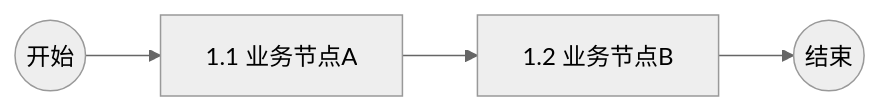
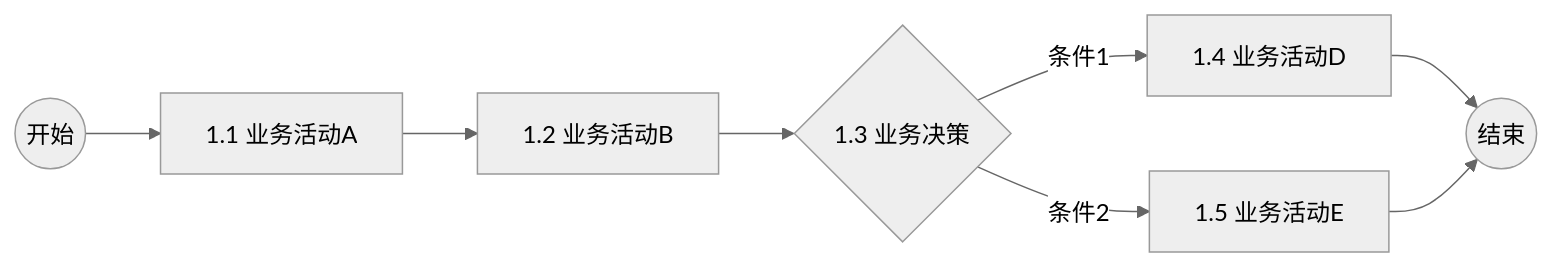
The first of 7 diagrams in .claude/rules/design/design-template.md (oleewen/ai-master), drawn with Mermaid (neutral theme) before and after one commit. The commit also changed other lines of this file and 1 other file, not shown here.

````diff
--- a/.claude/rules/design/design-template.md
+++ b/.claude/rules/design/design-template.md
@@ -26,6 +29,10 @@
 ```mermaid
 flowchart LR
-    S((开始)) --> A[1.1 业务节点A]
-    A --> B[1.2 业务节点B]
-    B --> E((结束))
+    S((开始)) --> A[1.1 业务活动A]
+    A --> B[1.2 业务活动B]
+    B --> C{1.3 业务决策}
+    C -->|条件1| D[1.4 业务活动D]
+    C -->|条件2| E[1.5 业务活动E]
+    D --> F((结束))
+    E --> F
 ```
````
